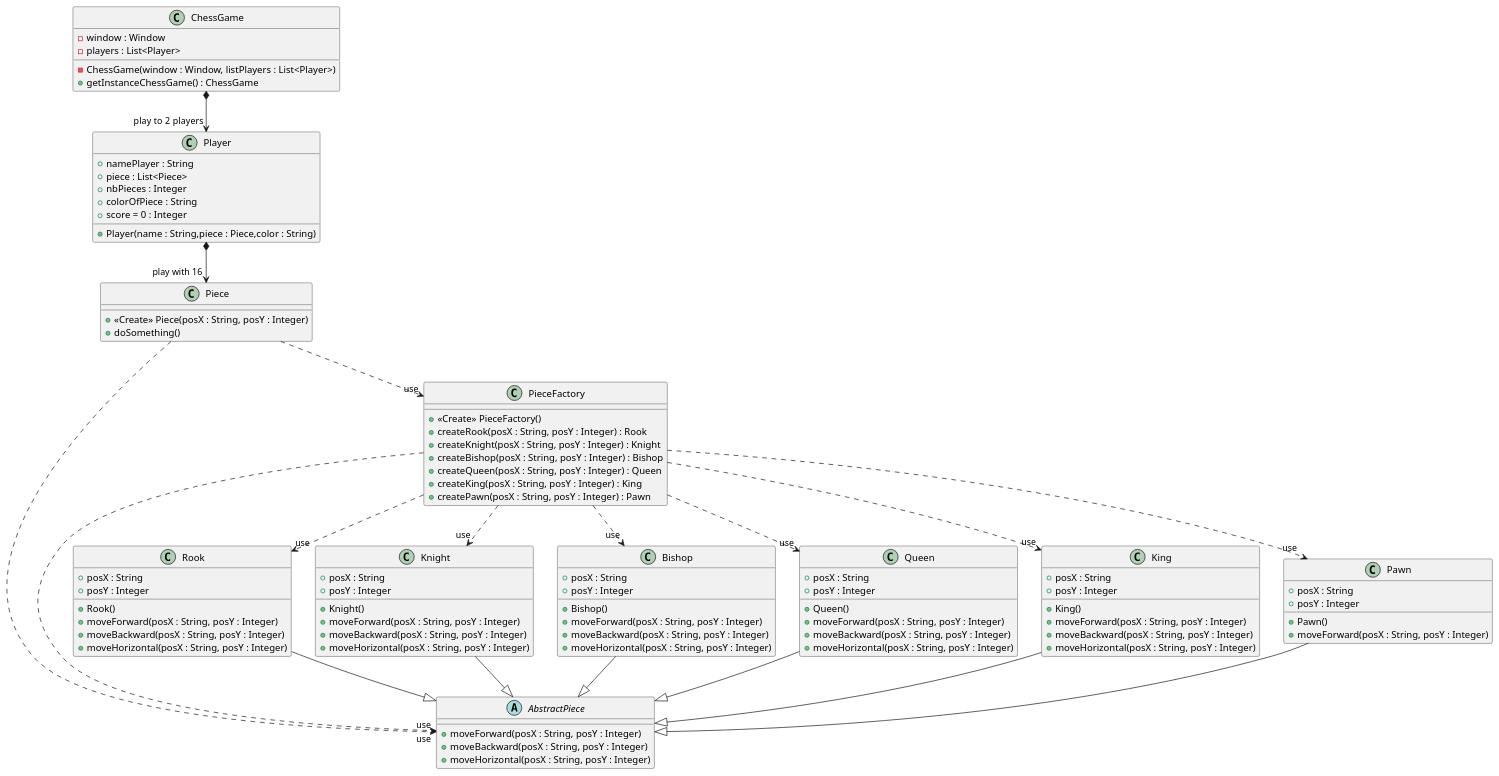
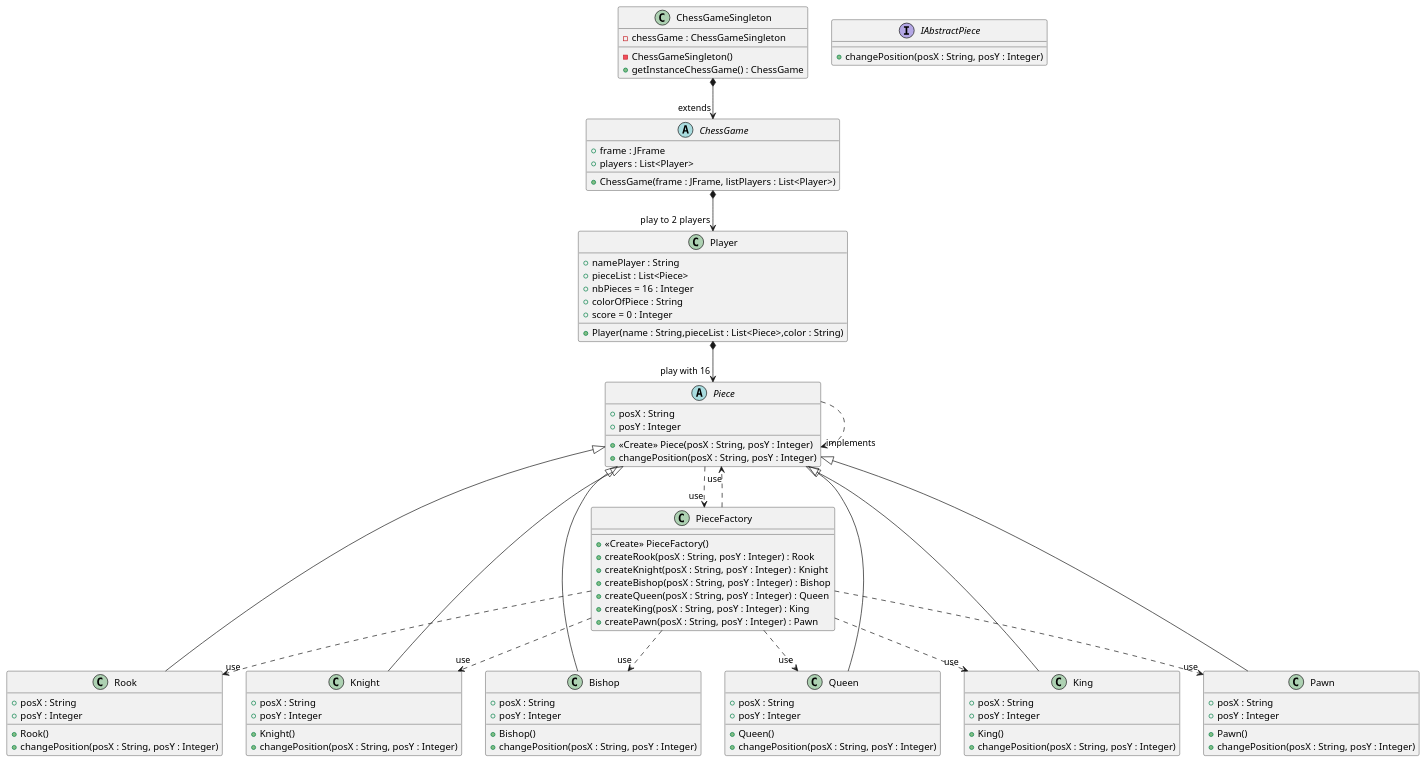
Before and after one commit to oceanedruenne/chess-game: the diagram in rendu1/uml/ChessGame.puml, drawn with PlantUML. The commit also changed 26 other files, not shown here.

```diff
--- a/rendu1/uml/ChessGame.puml
+++ b/rendu1/uml/ChessGame.puml
@@ -1,126 +1,118 @@
 @startuml
 'https://plantuml.com/class-diagram
+class ChessGameSingleton {
+    - chessGame : ChessGameSingleton
+    - ChessGameSingleton()
+    + getInstanceChessGame() : ChessGame
+}
 
-
-
-
-
-class ChessGame {
-- window : Window
-- players : List<Player>
-- ChessGame(window : Window, listPlayers : List<Player>)
-+ getInstanceChessGame() : ChessGame
+abstract class ChessGame
+{
+     + frame : JFrame
+     + players : List<Player>
+     + ChessGame(frame : JFrame, listPlayers : List<Player>)
 }
 
 class Player {
-+ namePlayer : String
-+ piece : List<Piece>
-+ nbPieces : Integer
-+ colorOfPiece : String
-+ score = 0 : Integer
-+ Player(name : String,piece : Piece,color : String)
+    + namePlayer : String
+    + pieceList : List<Piece>
+    + nbPieces = 16 : Integer
+    + colorOfPiece : String
+    + score = 0 : Integer
+    + Player(name : String,pieceList : List<Piece>,color : String)
 }
 
-abstract class AbstractPiece {
-+ moveForward(posX : String, posY : Integer)
-+ moveBackward(posX : String, posY : Integer)
-+ moveHorizontal(posX : String, posY : Integer)
+interface IAbstractPiece {
+    + changePosition(posX : String, posY : Integer)
 }
 
-class Piece
+abstract class Piece
 {
-+ <<Create>> Piece(posX : String, posY : Integer)
-+ doSomething()
+    + posX : String
+    + posY : Integer
+    + <<Create>> Piece(posX : String, posY : Integer)
+    + changePosition(posX : String, posY : Integer)
 }
 
 class PieceFactory
 {
     + <<Create>> PieceFactory()
     + createRook(posX : String, posY : Integer) : Rook
     + createKnight(posX : String, posY : Integer) : Knight
     + createBishop(posX : String, posY : Integer) : Bishop
     + createQueen(posX : String, posY : Integer) : Queen
     + createKing(posX : String, posY : Integer) : King
     + createPawn(posX : String, posY : Integer) : Pawn
 }
 
 class Rook
 {
    + posX : String
    + posY : Integer
    + Rook()
-   + moveForward(posX : String, posY : Integer)
-   + moveBackward(posX : String, posY : Integer)
-   + moveHorizontal(posX : String, posY : Integer)
+   + changePosition(posX : String, posY : Integer)
 }
 
 class Knight
 {
     + posX : String
     + posY : Integer
     + Knight()
-    + moveForward(posX : String, posY : Integer)
-    + moveBackward(posX : String, posY : Integer)
-    + moveHorizontal(posX : String, posY : Integer)
+    + changePosition(posX : String, posY : Integer)
 }
 
 class Bishop
 {
     + posX : String
     + posY : Integer
     + Bishop()
-    + moveForward(posX : String, posY : Integer)
-    + moveBackward(posX : String, posY : Integer)
-    + moveHorizontal(posX : String, posY : Integer)
+    + changePosition(posX : String, posY : Integer)
 }
 
 class Queen
 {
     + posX : String
     + posY : Integer
     + Queen()
-    + moveForward(posX : String, posY : Integer)
-    + moveBackward(posX : String, posY : Integer)
-    + moveHorizontal(posX : String, posY : Integer)
+    + changePosition(posX : String, posY : Integer)
 }
 
 class King
 {
     + posX : String
     + posY : Integer
     + King()
-    + moveForward(posX : String, posY : Integer)
-    + moveBackward(posX : String, posY : Integer)
-    + moveHorizontal(posX : String, posY : Integer)
+    + changePosition(posX : String, posY : Integer)
 }
 
 class Pawn
 {
     + posX : String
     + posY : Integer
     + Pawn()
-    + moveForward(posX : String, posY : Integer)
+    + changePosition(posX : String, posY : Integer)
 }
 
-Piece -.> "use" AbstractPiece
+Piece -.> "implements" Piece
 Piece -.> "use" PieceFactory
-PieceFactory -.> "use" AbstractPiece
+PieceFactory -.> "use" Piece
 PieceFactory -.> "use" Rook
 PieceFactory -.> "use" Knight
 PieceFactory -.> "use" Bishop
 PieceFactory -.> "use" Queen
 PieceFactory -.> "use" King
 PieceFactory -.> "use" Pawn
 
-Rook --|> AbstractPiece
-Knight --|> AbstractPiece
-Bishop --|> AbstractPiece
-Queen --|> AbstractPiece
-King --|> AbstractPiece
-Pawn --|> AbstractPiece
+Rook --|> Piece
+Knight --|> Piece
+Bishop --|> Piece
+Queen --|> Piece
+King --|> Piece
+Pawn --|> Piece
 
 ChessGame *--> "play to  2 players" Player
 Player *--> "play with 16" Piece
+ChessGameSingleton *--> "extends" ChessGame
 
 
 @enduml
```
